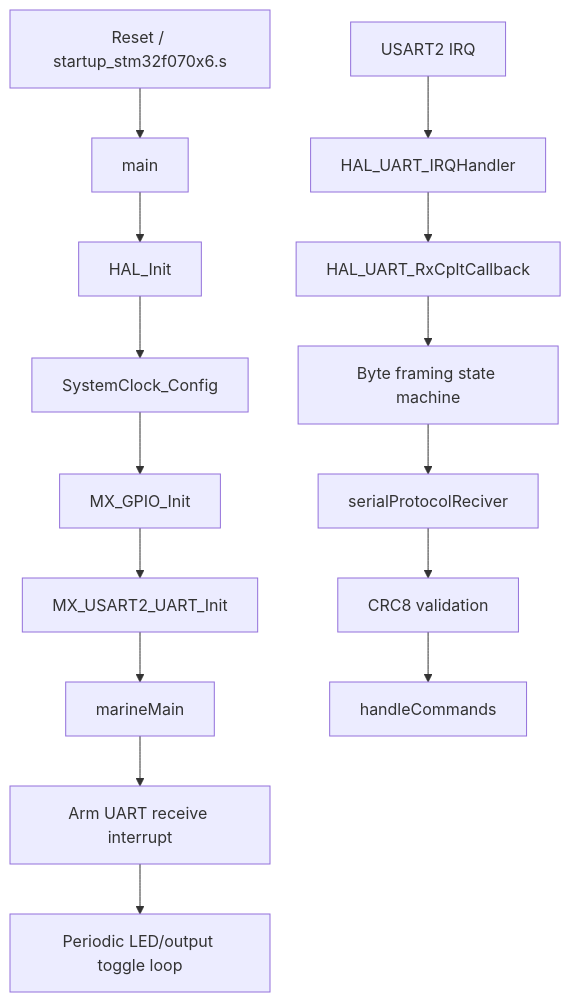
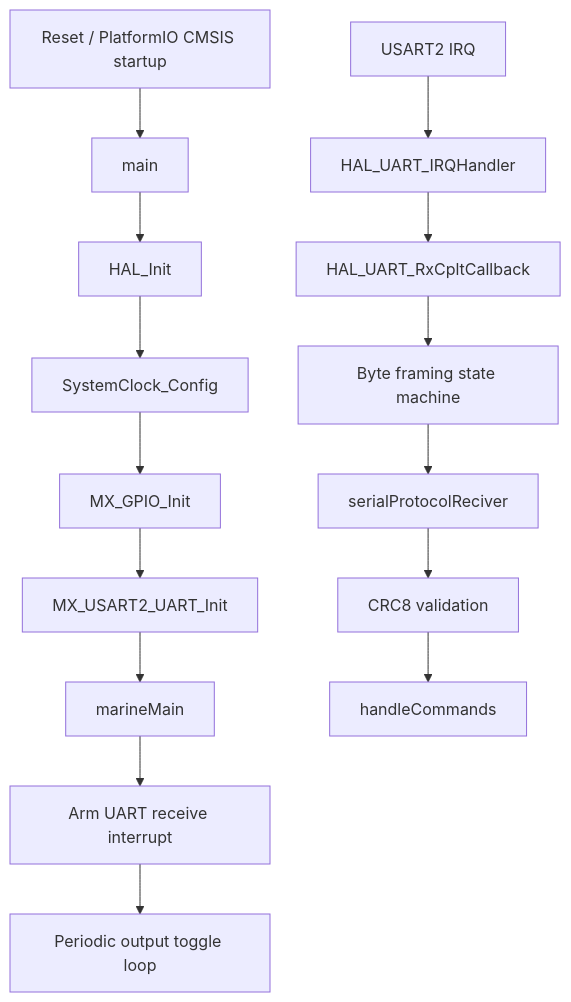
One commit to minigubben/marine_power_system changed the diagram in docs/client-code-flow.md. Above: the diagram before and after it, drawn with Mermaid. The commit also changed other lines of this file and 2 other files, not shown here.

First line of the commit message:
Update firmware docs for PlatformIO migration

````diff
--- a/docs/client-code-flow.md
+++ b/docs/client-code-flow.md
@@ -25,17 +38,17 @@
 ```mermaid
 flowchart TD
-    A[Reset / startup_stm32f070x6.s] --> B[main]
+    A[Reset / PlatformIO CMSIS startup] --> B[main]
     B --> C[HAL_Init]
     C --> D[SystemClock_Config]
     D --> E[MX_GPIO_Init]
     E --> F[MX_USART2_UART_Init]
     F --> G[marineMain]
     G --> H[Arm UART receive interrupt]
-    H --> I[Periodic LED/output toggle loop]
+    H --> I[Periodic output toggle loop]
     J[USART2 IRQ] --> K[HAL_UART_IRQHandler]
     K --> L[HAL_UART_RxCpltCallback]
     L --> M[Byte framing state machine]
     M --> N[serialProtocolReciver]
     N --> O[CRC8 validation]
     O --> P[handleCommands]
 ```
````
